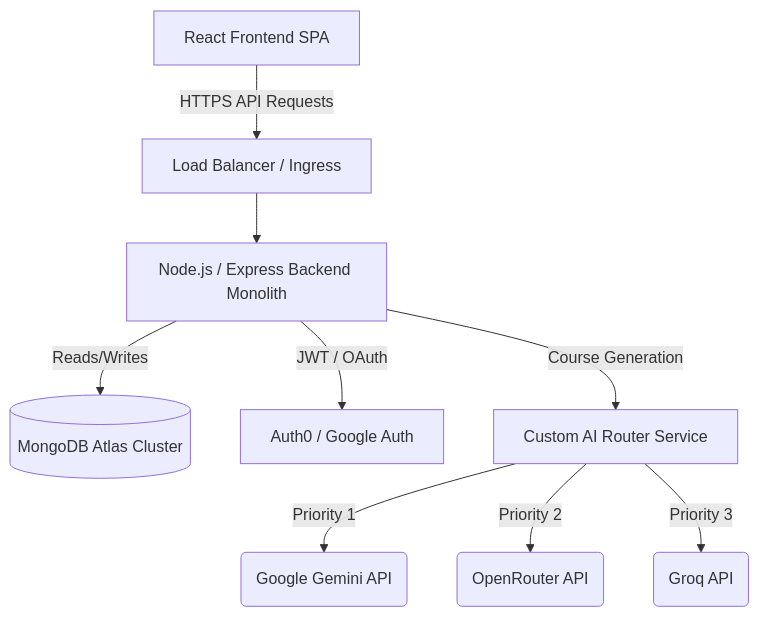
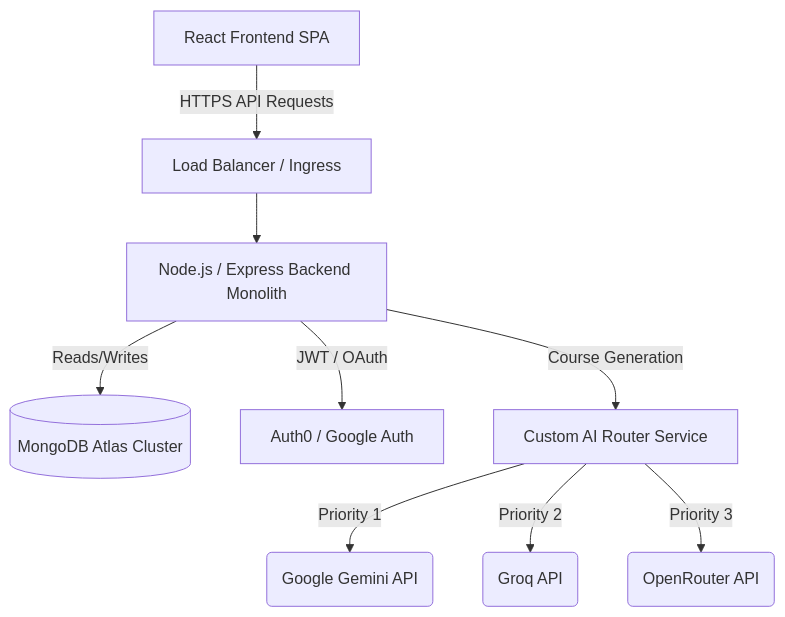
One commit to rahulpaul-07/smart-course-generator changed the diagram in docs/architecture/system.md. Above: the diagram before and after it, drawn with Mermaid. The commit also changed 31 other files, not shown here.

````diff
--- a/docs/architecture/system.md
+++ b/docs/architecture/system.md
@@ -3,14 +3,14 @@
 ```mermaid
 graph TD
     Client[React Frontend SPA] -->|HTTPS API Requests| LB[Load Balancer / Ingress]
     LB --> NodeAPI[Node.js / Express Backend Monolith]
     
     NodeAPI -->|Reads/Writes| MongoDB[(MongoDB Atlas Cluster)]
     NodeAPI -->|JWT / OAuth| Auth[Auth0 / Google Auth]
     
     NodeAPI -->|Course Generation| AI_Router[Custom AI Router Service]
     
     AI_Router -->|Priority 1| Gemini(Google Gemini API)
-    AI_Router -->|Priority 2| OpenRouter(OpenRouter API)
-    AI_Router -->|Priority 3| Groq(Groq API)
+    AI_Router -->|Priority 2| Groq(Groq API)
+    AI_Router -->|Priority 3| OpenRouter(OpenRouter API)
 ```
````
